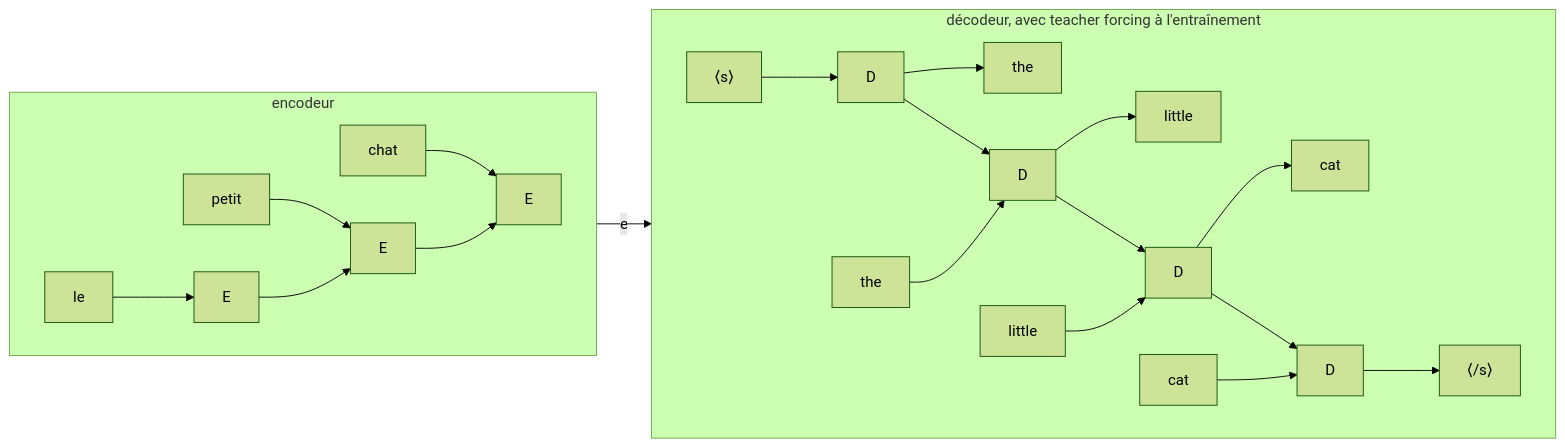
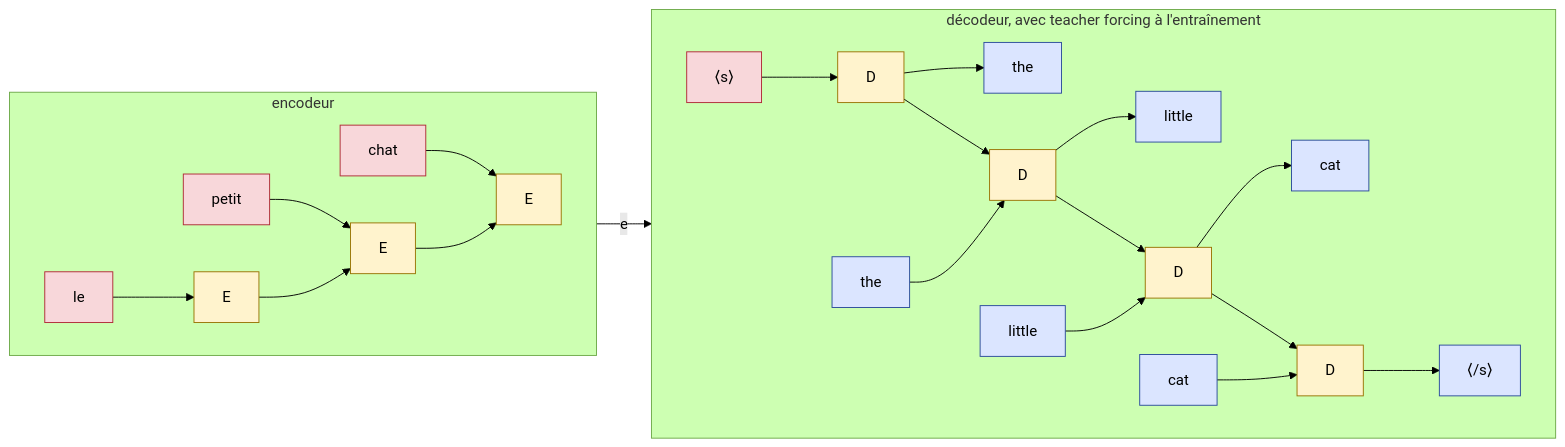
The diagram in Machine Learning/Encodeur-décodeur pour les séquences.md (HydraaaNF/Obsidian-sciences-notes), drawn with Mermaid (forest theme) before and after one commit. The commit also changed other lines of this file and 2 other files, not shown here.

Commit message:
machine learning : boucle d'inference reduite et diagrammes colores
Generation d'une sequence : la boucle d'inference du Transformer passe de six etapes a trois, sans inventaire de couches ; renvois vers Architecture du Transformer, Encodeur-decodeur pour les sequences et Cache de cles et valeurs. L'encodeur y est decrit comme rendant un etat par position, en une seule passe.
Encodeur-decodeur pour les sequences : diagramme Mermaid colore (entrees rouges, cellules ambres, tokens produits bleus) et en-tete du tableau corrige, de haut en bas remplace par dans l'ordre de traversee.
Teacher forcing : plusieurs-a-plusieurs remplace par many-to-many.

````diff
--- a/Machine Learning/Encodeur-décodeur pour les séquences.md
+++ b/Machine Learning/Encodeur-décodeur pour les séquences.md
@@ -36,32 +36,38 @@
 ```mermaid
 flowchart LR
     subgraph encoder["encodeur"]
         direction LR
         x1["le"] --> E1["E"]
         x2["petit"] --> E2["E"]
         x3["chat"] --> E3["E"]
         E1 --> E2
         E2 --> E3
     end
 
     E3 -->|"e"| D1
 
     subgraph decoder["décodeur, avec teacher forcing à l'entraînement"]
         direction LR
         y0["⟨s⟩"] --> D1["D"]
         D1 --> y1["the"]
 
         y1_in["the"] --> D2["D"]
         D2 --> y2["little"]
 
         y2_in["little"] --> D3["D"]
         D3 --> y3["cat"]
 
         y3_in["cat"] --> D4["D"]
         D4 --> y4["⟨/s⟩"]
 
         D1 --> D2
         D2 --> D3
         D3 --> D4
     end
+    classDef entree fill:#f8d7da,stroke:#b02a37,color:#000
+    classDef cellule fill:#fff3cd,stroke:#997404,color:#000
+    classDef sortie fill:#dbe5ff,stroke:#2b4c9b,color:#000
+    class x1,x2,x3,y0 entree
+    class E1,E2,E3,D1,D2,D3,D4 cellule
+    class y1,y2,y3,y4,y1_in,y2_in,y3_in sortie
 ```
````
